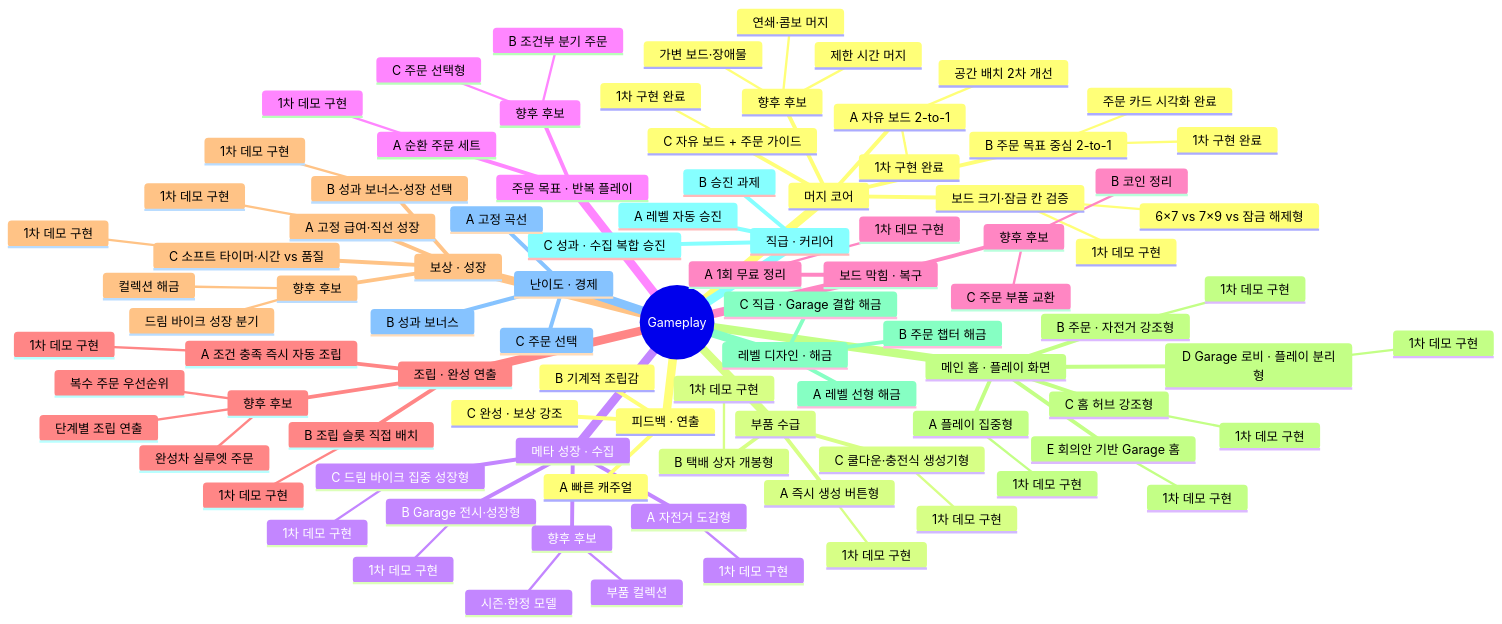
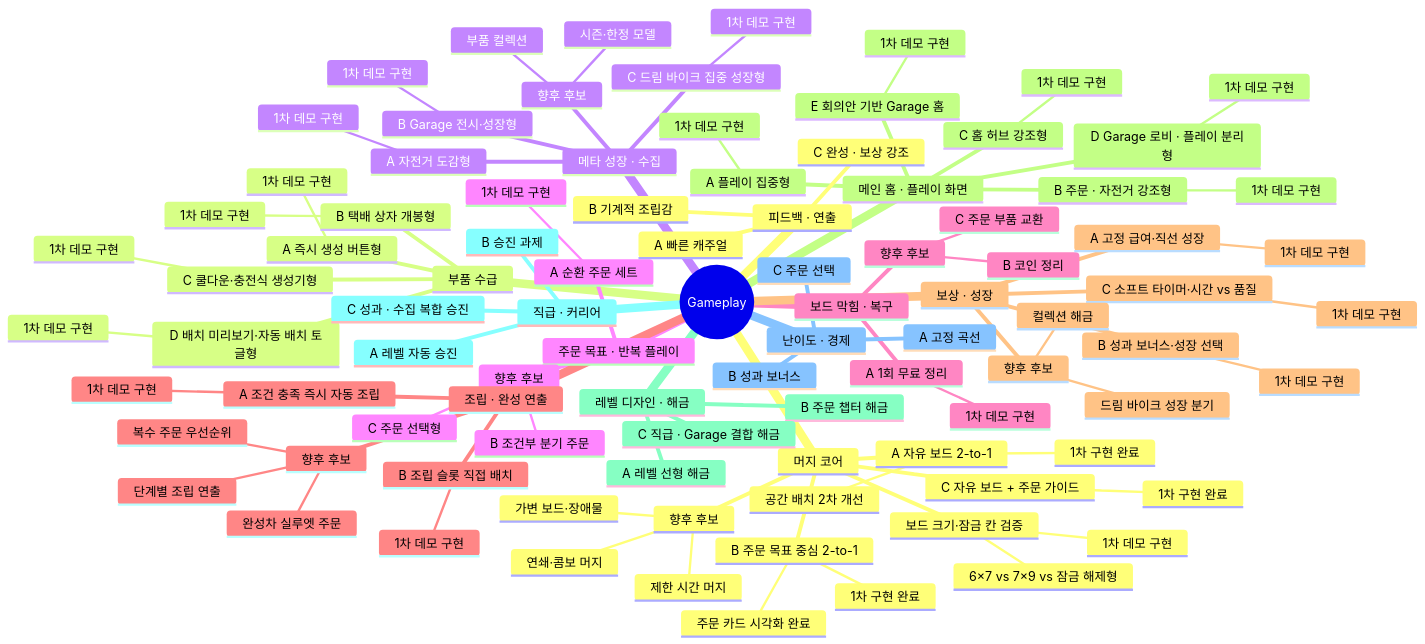
One commit to aigemro/dream-bike-garage-lab changed the second of 6 diagrams in docs/LAB_PROTOTYPE_MAP.md. Above: the diagram before and after it, drawn with Mermaid. The commit also changed other lines of this file and 9 other files, not shown here.

```diff
--- a/docs/LAB_PROTOTYPE_MAP.md
+++ b/docs/LAB_PROTOTYPE_MAP.md
@@ -89,6 +89,8 @@
       B 택배 상자 개봉형
         1차 데모 구현
       C 쿨다운·충전식 생성기형
+        1차 데모 구현
+      D 배치 미리보기·자동 배치 토글형
         1차 데모 구현
     메타 성장 · 수집
       A 자전거 도감형
```
